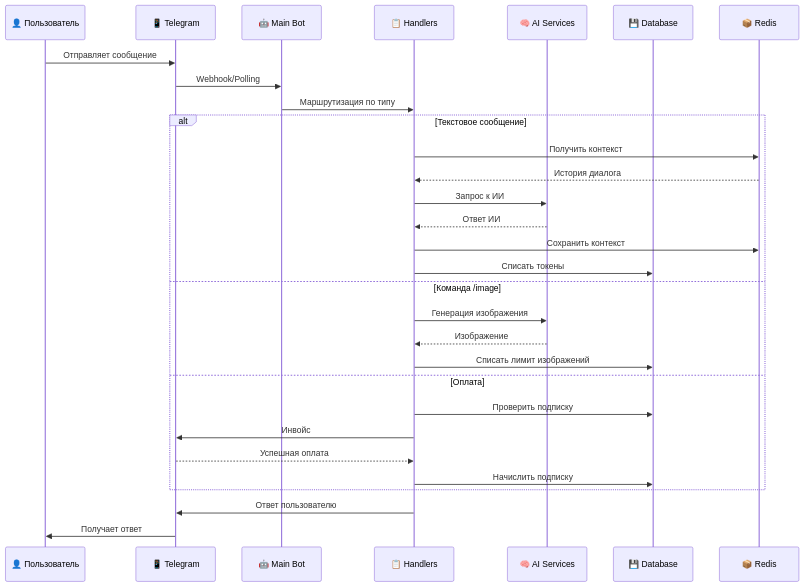
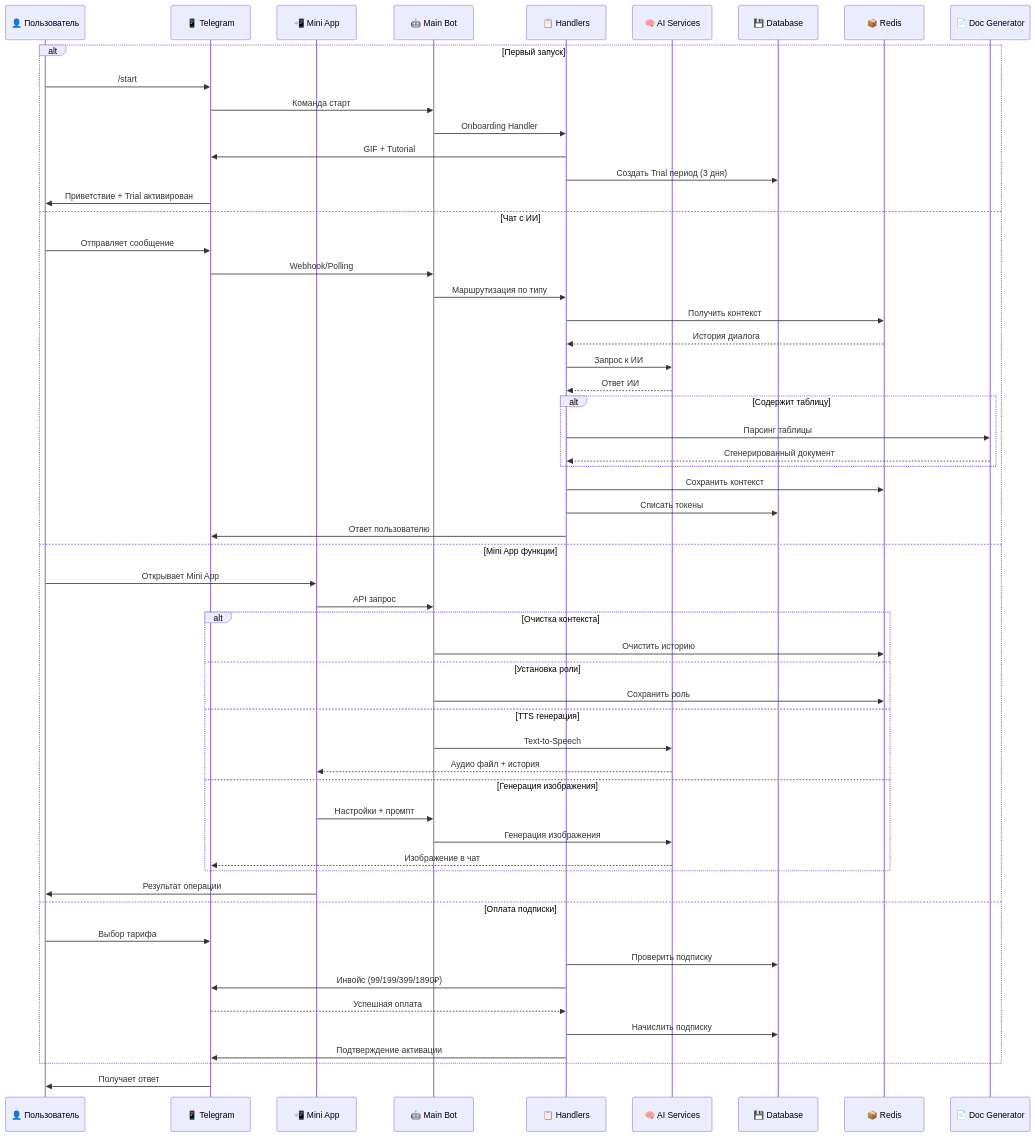
The second of 5 diagrams in docs/architecture_schema.md (nikshh/GptBot_2.0), drawn with Mermaid before and after one commit. The commit also changed other lines of this file, not shown here.

Commit message:
upgrade architecture_schema.md

````diff
--- a/docs/architecture_schema.md
+++ b/docs/architecture_schema.md
@@ -162,35 +220,61 @@
 ```mermaid
 sequenceDiagram
     participant U as 👤 Пользователь
     participant TG as 📱 Telegram
+    participant MA as 📲 Mini App
     participant M as 🤖 Main Bot
     participant H as 📋 Handlers
     participant AI as 🧠 AI Services
     participant DB as 💾 Database
     participant R as 📦 Redis
+    participant DOC as 📄 Doc Generator
 
-    U->>TG: Отправляет сообщение
-    TG->>M: Webhook/Polling
-    M->>H: Маршрутизация по типу
-    
-    alt Текстовое сообщение
+    alt Первый запуск
+        U->>TG: /start
+        TG->>M: Команда старт
+        M->>H: Onboarding Handler
+        H->>TG: GIF + Tutorial
+        H->>DB: Создать Trial период (3 дня)
+        TG->>U: Приветствие + Trial активирован
+    else Чат с ИИ
+        U->>TG: Отправляет сообщение
+        TG->>M: Webhook/Polling
+        M->>H: Маршрутизация по типу
         H->>R: Получить контекст
         R-->>H: История диалога
         H->>AI: Запрос к ИИ
         AI-->>H: Ответ ИИ
+        alt Содержит таблицу
+            H->>DOC: Парсинг таблицы
+            DOC-->>H: Сгенерированный документ
+        end
         H->>R: Сохранить контекст
         H->>DB: Списать токены
-    else Команда /image
-        H->>AI: Генерация изображения
-        AI-->>H: Изображение
-        H->>DB: Списать лимит изображений
-    else Оплата
+        H->>TG: Ответ пользователю
+    else Mini App функции
+        U->>MA: Открывает Mini App
+        MA->>M: API запрос
+        alt Очистка контекста
+            M->>R: Очистить историю
+        else Установка роли
+            M->>R: Сохранить роль
+        else TTS генерация
+            M->>AI: Text-to-Speech
+            AI-->>MA: Аудио файл + история
+        else Генерация изображения
+            MA->>M: Настройки + промпт
+            M->>AI: Генерация изображения
+            AI-->>TG: Изображение в чат
+        end
+        MA->>U: Результат операции
+    else Оплата подписки
+        U->>TG: Выбор тарифа
         H->>DB: Проверить подписку
-        H->>TG: Инвойс
+        H->>TG: Инвойс (99/199/399/1890₽)
         TG-->>H: Успешная оплата
         H->>DB: Начислить подписку
+        H->>TG: Подтверждение активации
     end
     
-    H->>TG: Ответ пользователю
     TG->>U: Получает ответ
 ```
````
